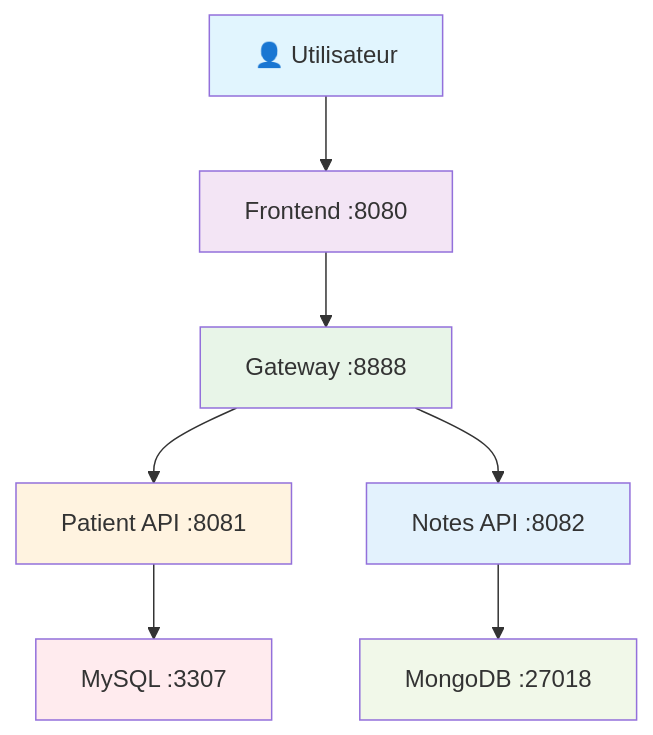
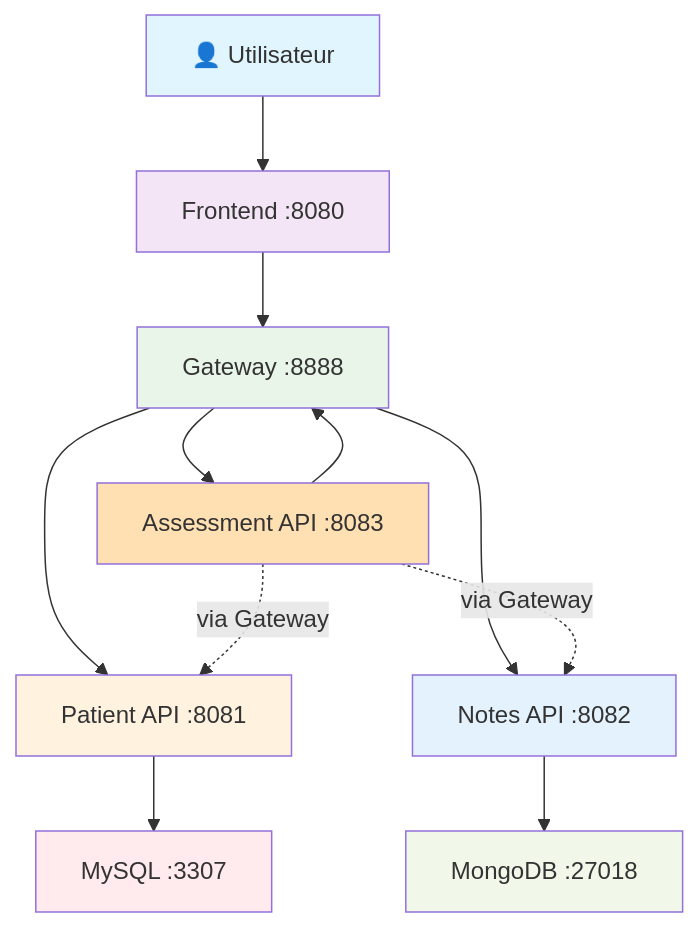
Before and after one commit to LeoCanet/medilabo-solutions: the diagram in README.md, drawn with Mermaid. The commit also changed other lines of this file and 10 other files, not shown here.

First line of the commit message:
fix(sprint3): correction algorithme assessment + architecture sécurité complète

````diff
--- a/README.md
+++ b/README.md
@@ -47,17 +47,22 @@
 ```mermaid
 graph TB
     A[👤 Utilisateur] --> B[Frontend :8080]
     B --> C[Gateway :8888]
     C --> D[Patient API :8081]
     C --> F[Notes API :8082]
+    C --> H[Assessment API :8083]
     D --> E[MySQL :3307]
     F --> G[MongoDB :27018]
+    H --> C
+    H -.->|via Gateway| D
+    H -.->|via Gateway| F
 
     style A fill:#e1f5fe
     style B fill:#f3e5f5
     style C fill:#e8f5e8
     style D fill:#fff3e0
     style F fill:#e3f2fd
+    style H fill:#ffe0b2
     style E fill:#ffebee
     style G fill:#f1f8e9
 ```
````
